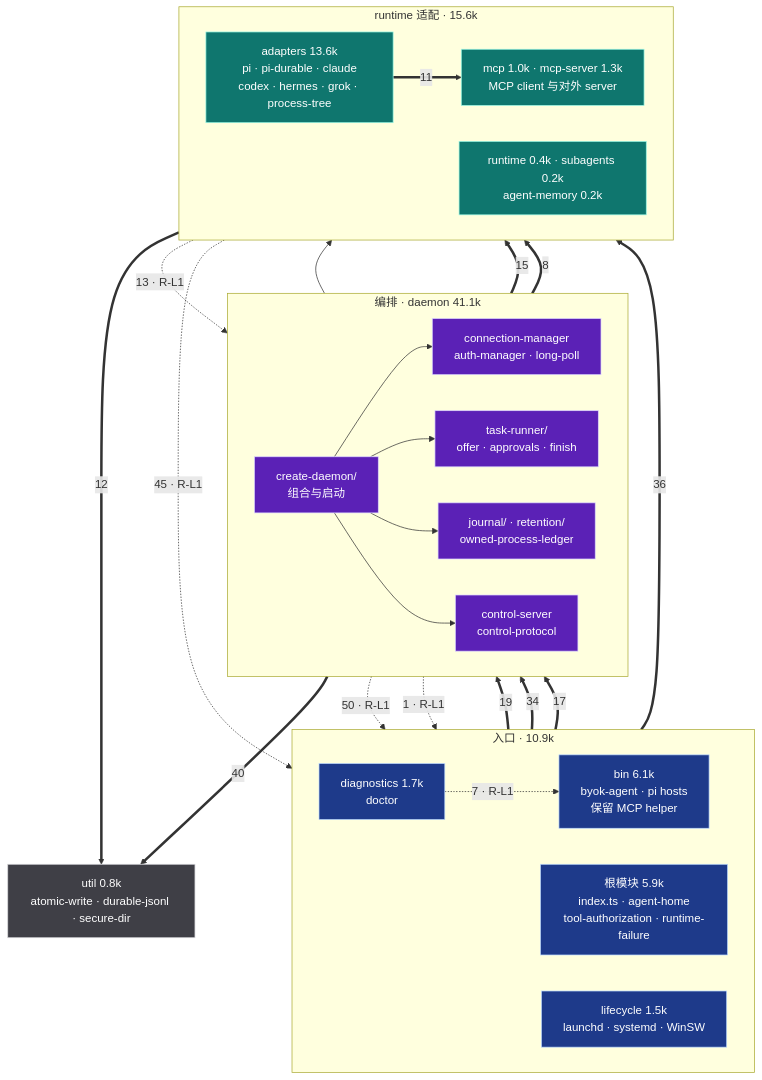
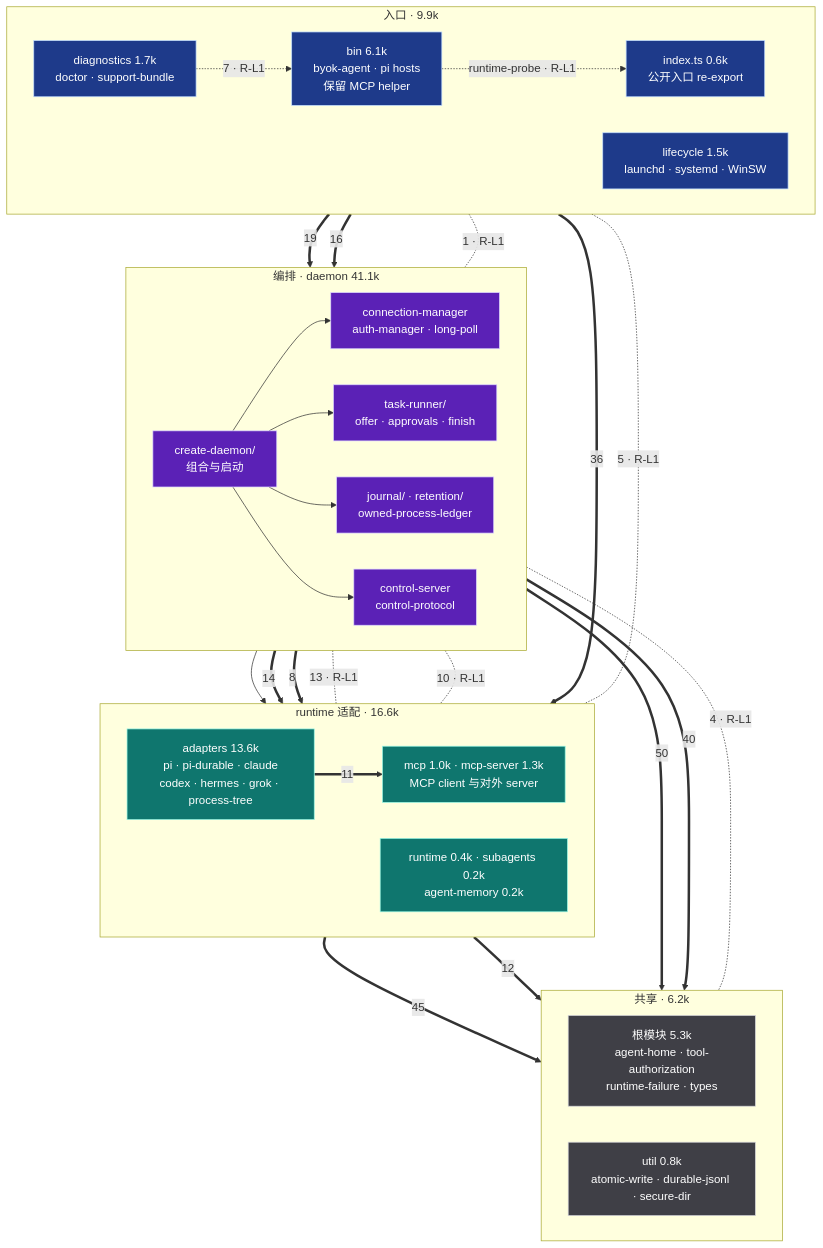
One commit to Ancienttwo/byok-sdk changed the second of 7 diagrams in docs/architecture/layered-architecture.md. Above: the diagram before and after it, drawn with Mermaid. The commit also changed other lines of this file and 3 other files, not shown here.

First line of the commit message:
docs(architecture): add current view and apply source fact-check to review pages

````diff
--- a/docs/architecture/layered-architecture.md
+++ b/docs/architecture/layered-architecture.md
@@ -136,53 +137,60 @@
 ```mermaid
 flowchart TB
   classDef entry fill:#1e3a8a,stroke:#bfdbfe,color:#fff
   classDef orch fill:#5b21b6,stroke:#ddd6fe,color:#fff
   classDef adapt fill:#0f766e,stroke:#99f6e4,color:#fff
   classDef util fill:#3f3f46,stroke:#d4d4d8,color:#fff
 
-  subgraph E["入口 · 10.9k"]
+  subgraph E["入口 · 9.9k"]
     direction LR
     Bin["bin 6.1k<br/>byok-agent · pi hosts<br/>保留 MCP helper"]:::entry
-    Root["根模块 5.9k<br/>index.ts · agent-home<br/>tool-authorization · runtime-failure"]:::entry
+    Idx["index.ts 0.6k<br/>公开入口 re-export"]:::entry
     Life["lifecycle 1.5k<br/>launchd · systemd · WinSW"]:::entry
-    Diag["diagnostics 1.7k<br/>doctor"]:::entry
+    Diag["diagnostics 1.7k<br/>doctor · support-bundle"]:::entry
   end
 
   subgraph O["编排 · daemon 41.1k"]
     direction LR
     CD["create-daemon/<br/>组合与启动"]:::orch
     Conn["connection-manager<br/>auth-manager · long-poll"]:::orch
     TR["task-runner/<br/>offer · approvals · finish"]:::orch
     Jr["journal/ · retention/<br/>owned-process-ledger"]:::orch
     Ctl["control-server<br/>control-protocol"]:::orch
   end
 
-  subgraph A["runtime 适配 · 15.6k"]
+  subgraph A["runtime 适配 · 16.6k"]
     direction LR
     Ad["adapters 13.6k<br/>pi · pi-durable · claude<br/>codex · hermes · grok · process-tree"]:::adapt
     Mcp["mcp 1.0k · mcp-server 1.3k<br/>MCP client 与对外 server"]:::adapt
     Sub["runtime 0.4k · subagents 0.2k<br/>agent-memory 0.2k"]:::adapt
   end
 
-  Util["util 0.8k<br/>atomic-write · durable-jsonl · secure-dir"]:::util
+  subgraph S["共享 · 6.2k"]
+    direction LR
+    Root["根模块 5.3k<br/>agent-home · tool-authorization<br/>runtime-failure · types"]:::util
+    Util["util 0.8k<br/>atomic-write · durable-jsonl · secure-dir"]:::util
+  end
 
   Bin ==>|"19"| O
   Bin ==>|"36"| Ad
-  Root ==>|"34"| O
-  Diag ==>|"17"| O
+  Diag ==>|"16"| O
   CD --> Conn
   CD --> TR
   CD --> Jr
   CD --> Ctl
   TR --> Ad
-  O ==>|"15"| Ad
+  O ==>|"14"| Ad
   O ==>|"8"| Mcp
   Ad ==>|"11"| Mcp
+  O ==>|"50"| Root
+  Ad ==>|"45"| Root
   O ==>|"40"| Util
   Ad ==>|"12"| Util
-  O -.->|"50 · R-L1"| Root
-  Ad -.->|"45 · R-L1"| Root
-  Ad -.->|"13 · R-L1"| O
-  O -.->|"1 · R-L1"| Bin
+  O <-.-|"13 · R-L1"| Ad
+  O <-.-|"10 · R-L1"| Sub
+  O <-.-|"4 · R-L1"| Root
+  Bin <-.-|"1 · R-L1"| O
+  Bin <-.-|"5 · R-L1"| Sub
   Diag -.->|"7 · R-L1"| Bin
+  Bin -.->|"runtime-probe · R-L1"| Idx
 ```
````
